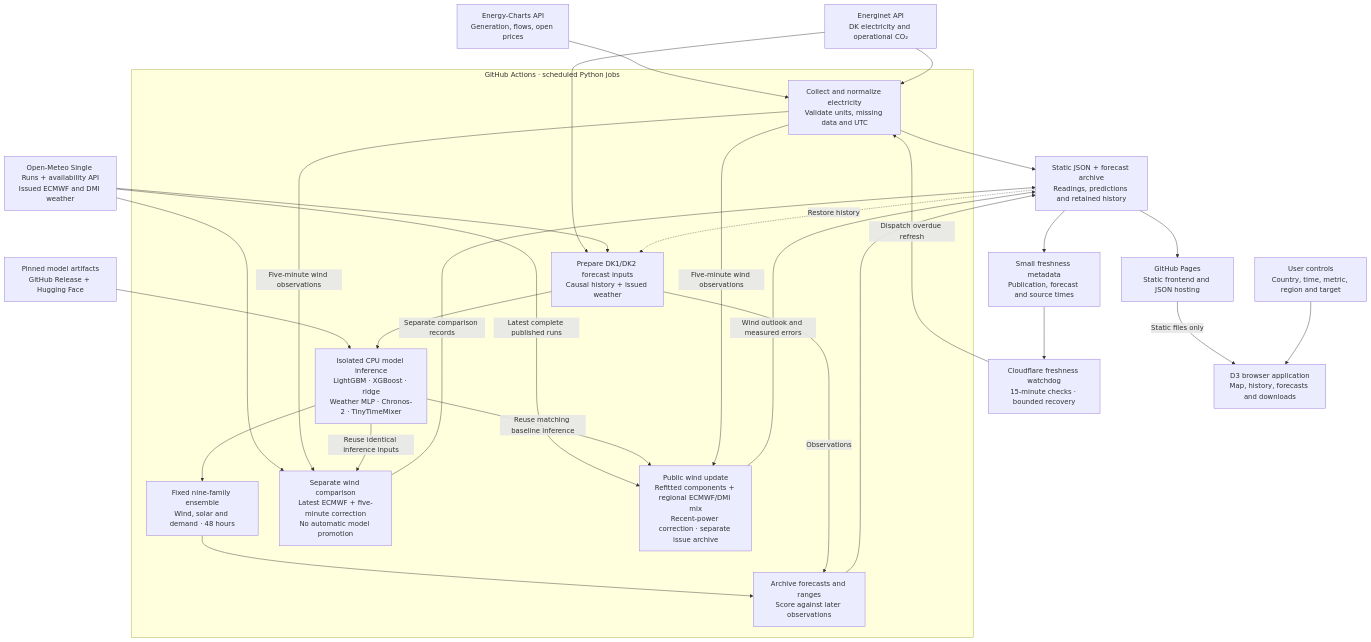
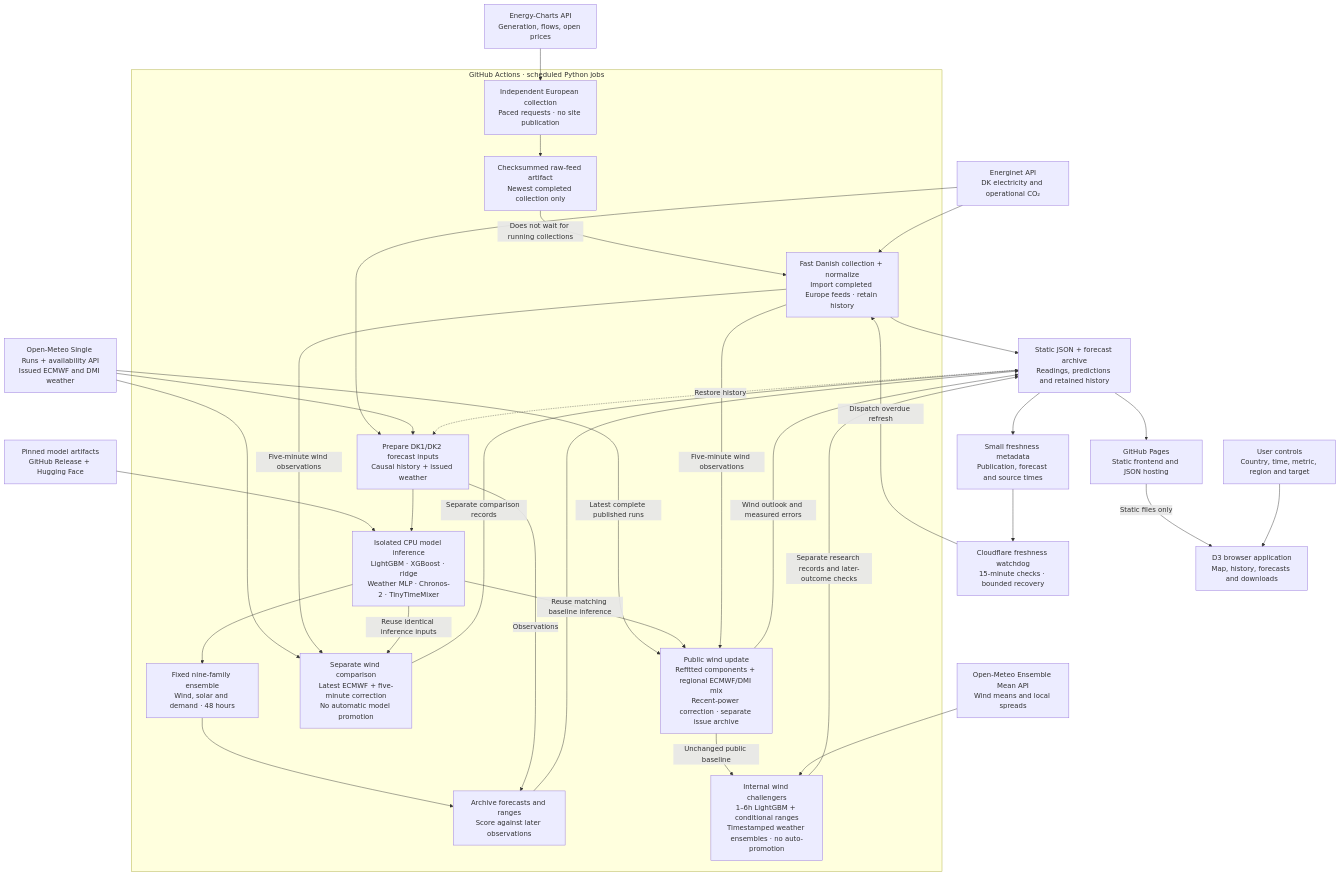
One commit to HuayuanSong/open-current changed the diagram in README.md. Above: the diagram before and after it, drawn with Mermaid. The commit also changed other lines of this file and 21 other files, not shown here.

Commit message:
Separate European collection and evaluate wind ramp and uncertainty challengers

````diff
--- a/README.md
+++ b/README.md
@@ -48,51 +48,59 @@
 ```mermaid
 flowchart TB
     energy["Energy-Charts API<br/>Generation, flows, open prices"]
     energinet["Energinet API<br/>DK electricity and operational CO₂"]
     weather["Open-Meteo Single Runs + availability API<br/>Issued ECMWF and DMI weather"]
+    ensembleweather["Open-Meteo Ensemble Mean API<br/>Wind means and local spreads"]
     weights["Pinned model artifacts<br/>GitHub Release + Hugging Face"]
     watchdog["Cloudflare freshness watchdog<br/>15-minute checks · bounded recovery"]
     health["Small freshness metadata<br/>Publication, forecast and source times"]
 
     subgraph actions["GitHub Actions · scheduled Python jobs"]
-        collect["Collect and normalize electricity<br/>Validate units, missing data and UTC"]
+        eurocollect["Independent European collection<br/>Paced requests · no site publication"]
+        bundle["Checksummed raw-feed artifact<br/>Newest completed collection only"]
+        collect["Fast Danish collection + normalize<br/>Import completed Europe feeds · retain history"]
         inputs["Prepare DK1/DK2 forecast inputs<br/>Causal history + issued weather"]
         models["Isolated CPU model inference<br/>LightGBM · XGBoost · ridge<br/>Weather MLP · Chronos-2 · TinyTimeMixer"]
         blend["Fixed nine-family ensemble<br/>Wind, solar and demand · 48 hours"]
         evaluate["Archive forecasts and ranges<br/>Score against later observations"]
         windtest["Separate wind comparison<br/>Latest ECMWF + five-minute correction<br/>No automatic model promotion"]
         freshwind["Public wind update<br/>Refitted components + regional ECMWF/DMI mix<br/>Recent-power correction · separate issue archive"]
+        research["Internal wind challengers<br/>1–6h LightGBM + conditional ranges<br/>Timestamped weather ensembles · no auto-promotion"]
     end
 
     archive["Static JSON + forecast archive<br/>Readings, predictions and retained history"]
     pages["GitHub Pages<br/>Static frontend and JSON hosting"]
     browser["D3 browser application<br/>Map, history, forecasts and downloads"]
     user["User controls<br/>Country, time, metric, region and target"]
 
-    energy --> collect
+    energy --> eurocollect --> bundle
+    bundle -->|Does not wait for running collections| collect
     energinet --> collect
     energinet --> inputs
     weather --> inputs
     weights --> models
     inputs --> models
     models --> blend
     blend --> evaluate
     inputs -->|Observations| evaluate
     collect --> archive
     evaluate --> archive
     weather --> windtest
     collect -->|Five-minute wind observations| windtest
     models -->|Reuse identical inference inputs| windtest
     windtest -->|Separate comparison records| archive
     weather -->|Latest complete published runs| freshwind
     models -->|Reuse matching baseline inference| freshwind
     collect -->|Five-minute wind observations| freshwind
     freshwind -->|Wind outlook and measured errors| archive
+    freshwind -->|Unchanged public baseline| research
+    ensembleweather --> research
+    research -->|Separate research records and later-outcome checks| archive
     archive -.->|Restore history| inputs
     archive --> pages
     pages -->|Static files only| browser
     user --> browser
     archive --> health
     health --> watchdog
     watchdog -->|Dispatch overdue refresh| collect
 ```
````
